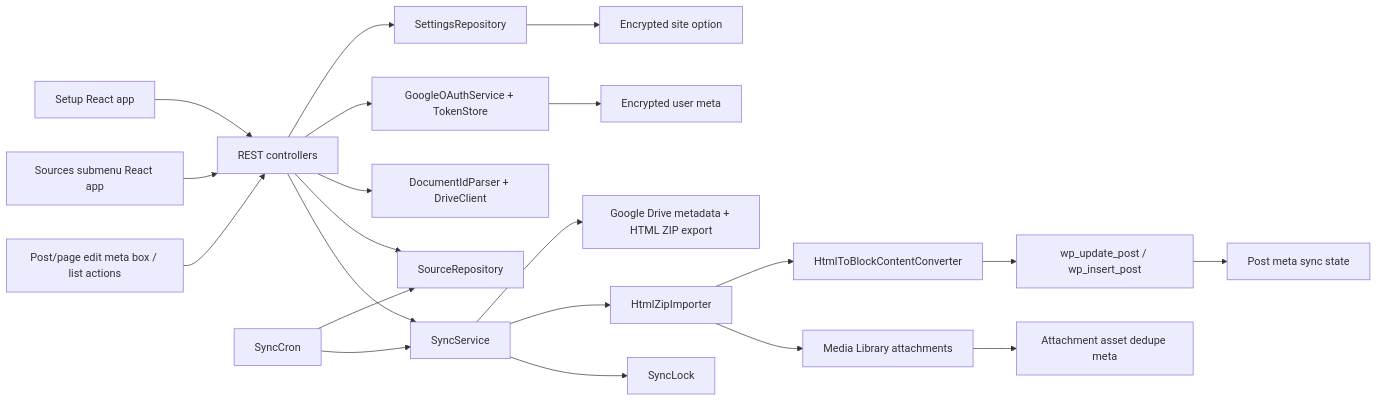
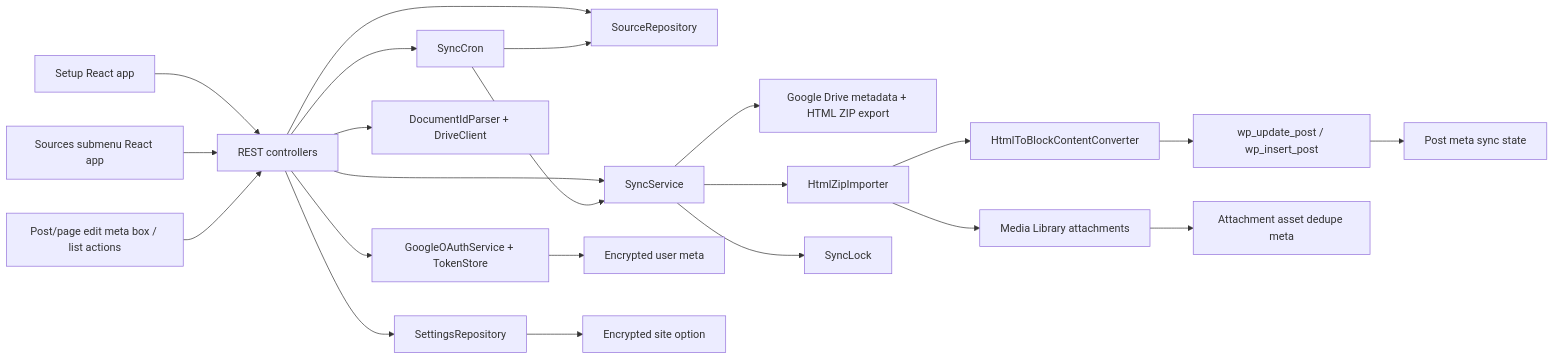
Before and after one commit to Brasth/DocSync-WP: the diagram in docs/system-architecture.md, drawn with Mermaid. The commit also changed other lines of this file and 23 other files, not shown here.

Commit message:
feat: add background Google Doc sync flow

````diff
--- a/docs/system-architecture.md
+++ b/docs/system-architecture.md
@@ -18,23 +18,24 @@
 ```mermaid
 flowchart LR
   SetupApp["Setup React app"] --> REST["REST controllers"]
   SourcesApp["Sources submenu React app"] --> REST
   TargetUI["Post/page edit meta box / list actions"] --> REST
   REST --> Settings["SettingsRepository"]
   REST --> OAuth["GoogleOAuthService + TokenStore"]
   REST --> Docs["DocumentIdParser + DriveClient"]
   REST --> Sources["SourceRepository"]
   REST --> Sync["SyncService"]
+  REST --> Cron["SyncCron"]
   Sync --> Drive["Google Drive metadata + HTML ZIP export"]
   Sync --> Import["HtmlZipImporter"]
   Import --> Blocks["HtmlToBlockContentConverter"]
   Sync --> Lock["SyncLock"]
   Import --> Media["Media Library attachments"]
   Blocks --> WP["wp_update_post / wp_insert_post"]
   WP --> Meta["Post meta sync state"]
   Media --> AttachmentMeta["Attachment asset dedupe meta"]
   OAuth --> Tokens["Encrypted user meta"]
   Settings --> Opts["Encrypted site option"]
-  Cron["SyncCron"] --> Sources
+  Cron --> Sources
   Cron --> Sync
 ```
````
